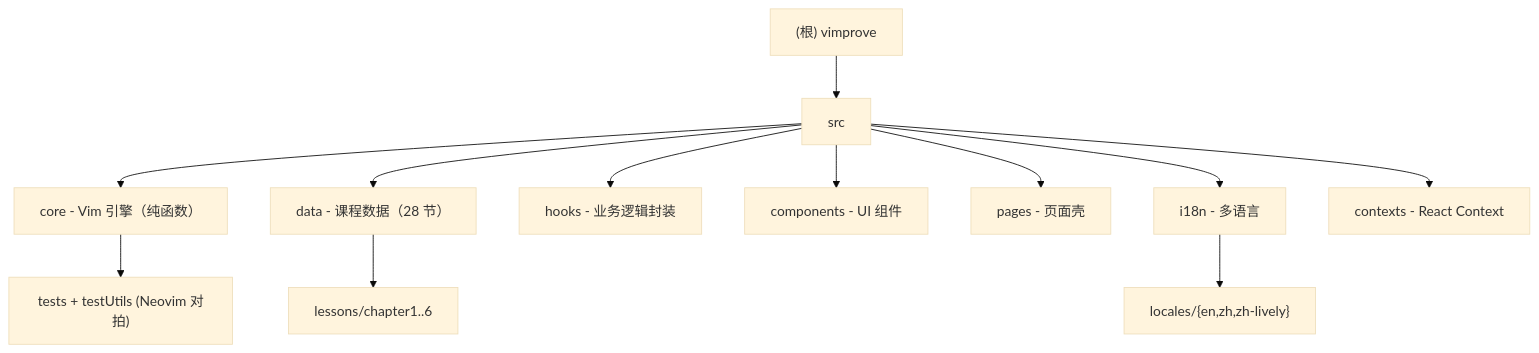
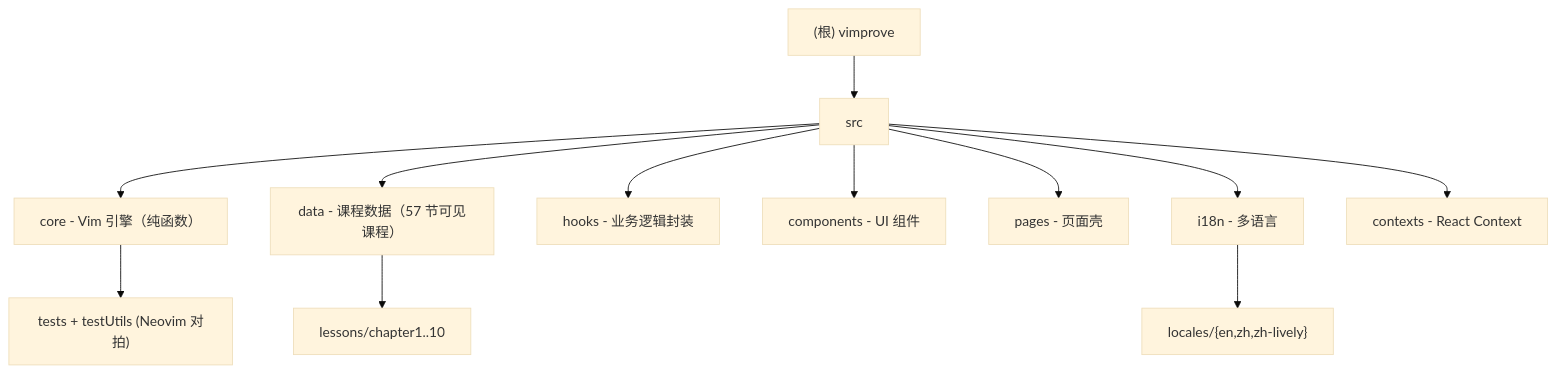
One commit to hechangjia/vimprove changed the diagram in CLAUDE.md. Above: the diagram before and after it, drawn with Mermaid (base theme). The commit also changed other lines of this file and 119 other files, not shown here.

````diff
--- a/CLAUDE.md
+++ b/CLAUDE.md
@@ -10,21 +10,21 @@
 ```mermaid
 graph TD
     A["(根) vimprove"] --> SRC["src"]
     SRC --> CORE["core - Vim 引擎（纯函数）"]
-    SRC --> DATA["data - 课程数据（28 节）"]
+    SRC --> DATA["data - 课程数据（57 节可见课程）"]
     SRC --> HOOKS["hooks - 业务逻辑封装"]
     SRC --> COMPONENTS["components - UI 组件"]
     SRC --> PAGES["pages - 页面壳"]
     SRC --> I18N["i18n - 多语言"]
     SRC --> CONTEXTS["contexts - React Context"]
-    DATA --> LESSONS["lessons/chapter1..6"]
+    DATA --> LESSONS["lessons/chapter1..10"]
     CORE --> CORE_TESTS["tests + testUtils (Neovim 对拍)"]
     I18N --> LOCALES["locales/{en,zh,zh-lively}"]
 
     click CORE "./src/core/CLAUDE.md" "查看 core 模块文档"
     click DATA "./src/data/CLAUDE.md" "查看 data 模块文档"
     click HOOKS "./src/hooks/CLAUDE.md" "查看 hooks 模块文档"
     click COMPONENTS "./src/components/CLAUDE.md" "查看 components 模块文档"
     click PAGES "./src/pages/CLAUDE.md" "查看 pages 模块文档"
     click I18N "./src/i18n/CLAUDE.md" "查看 i18n 模块文档"
 ```
````
